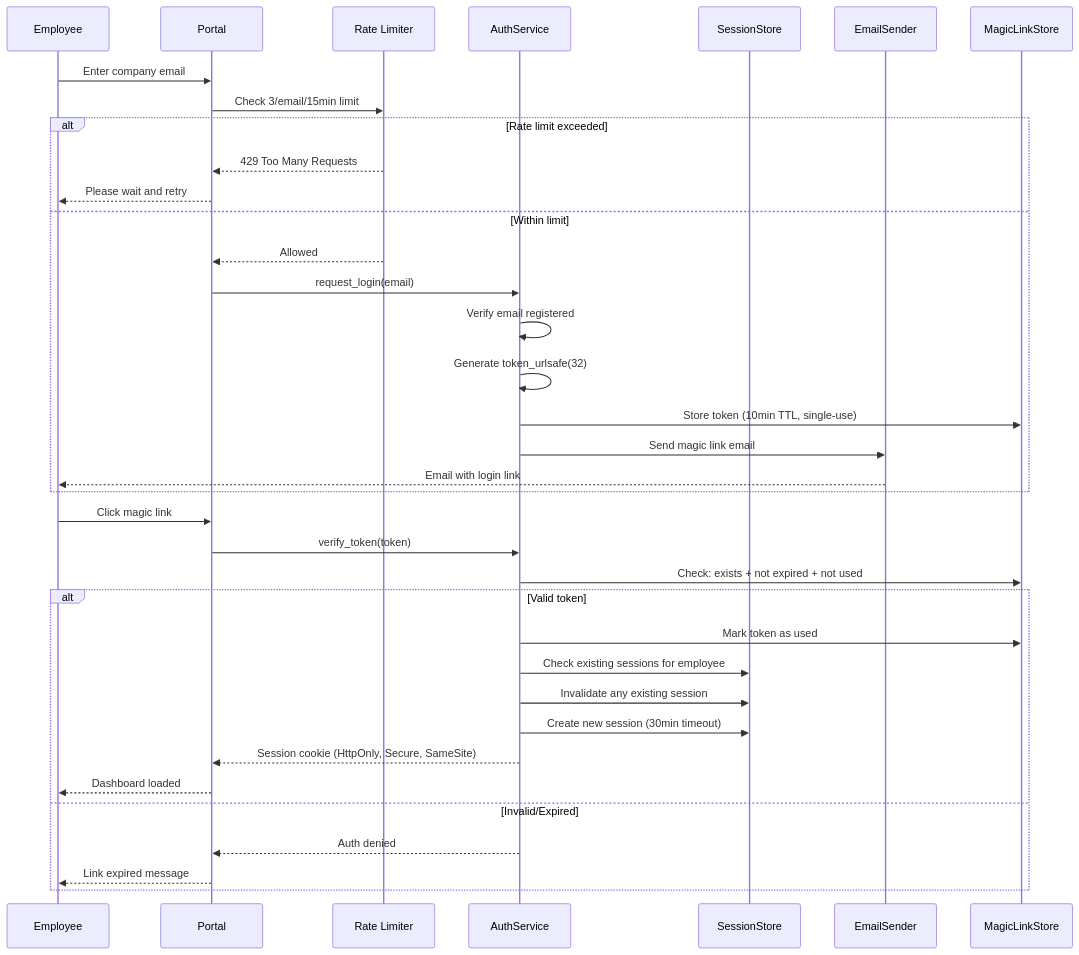
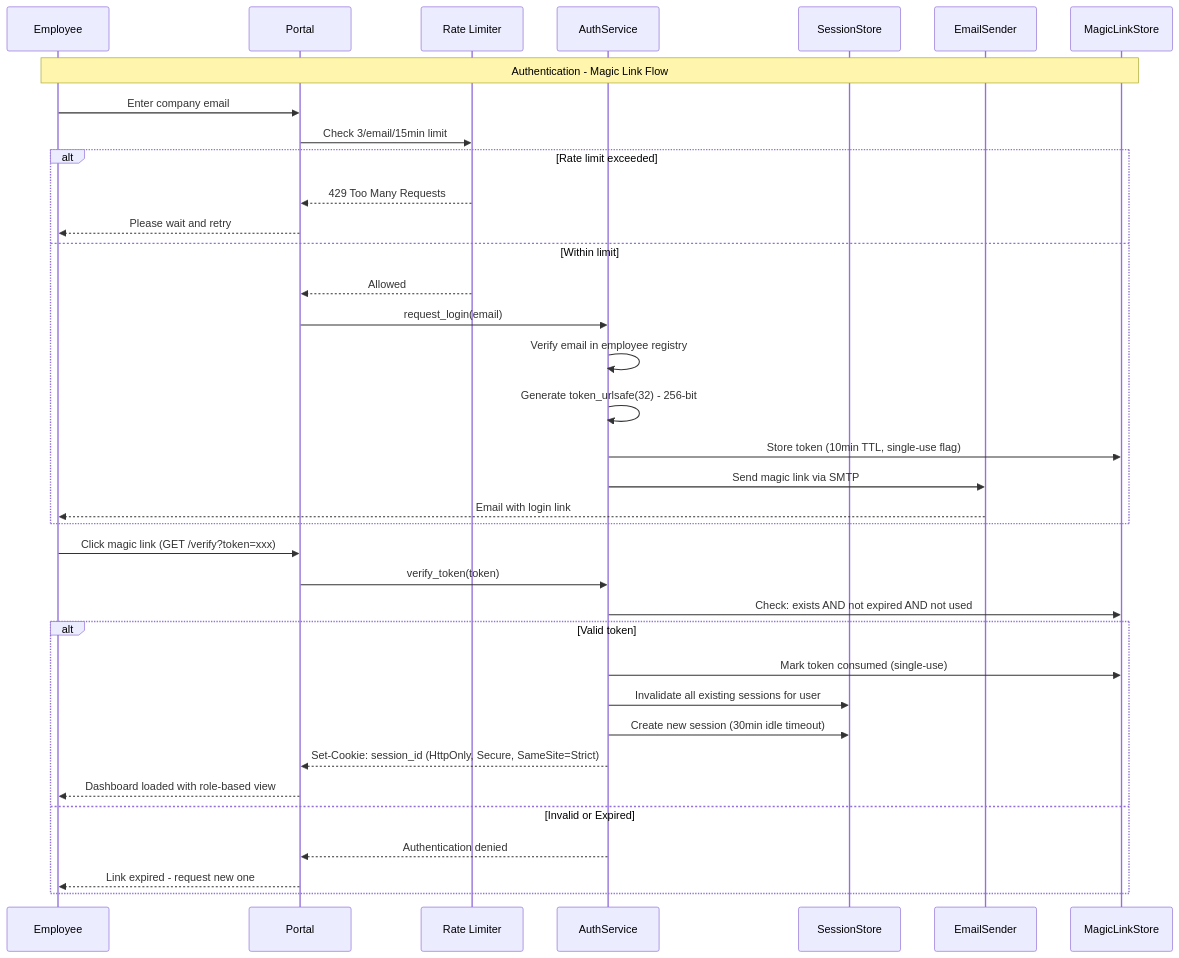
Before and after one commit to MaqSaid/Rhythm: the fourth of 10 diagrams in INTERVIEW_PREPARATION.md, drawn with Mermaid. The commit also changed other lines of this file, not shown here.

````diff
--- a/INTERVIEW_PREPARATION.md
+++ b/INTERVIEW_PREPARATION.md
@@ -902,40 +355,41 @@
 ```mermaid
 sequenceDiagram
     participant E as Employee
     participant P as Portal
     participant RL as Rate Limiter
     participant AS as AuthService
     participant SS as SessionStore
     participant ES as EmailSender
     participant ML as MagicLinkStore
 
+    Note over E,ML: Authentication - Magic Link Flow
+
     E->>P: Enter company email
     P->>RL: Check 3/email/15min limit
     alt Rate limit exceeded
         RL-->>P: 429 Too Many Requests
         P-->>E: Please wait and retry
     else Within limit
         RL-->>P: Allowed
         P->>AS: request_login(email)
-        AS->>AS: Verify email registered
-        AS->>AS: Generate token_urlsafe(32)
-        AS->>ML: Store token (10min TTL, single-use)
-        AS->>ES: Send magic link email
+        AS->>AS: Verify email in employee registry
+        AS->>AS: Generate token_urlsafe(32) - 256-bit
+        AS->>ML: Store token (10min TTL, single-use flag)
+        AS->>ES: Send magic link via SMTP
         ES-->>E: Email with login link
     end
 
-    E->>P: Click magic link
+    E->>P: Click magic link (GET /verify?token=xxx)
     P->>AS: verify_token(token)
-    AS->>ML: Check: exists + not expired + not used
+    AS->>ML: Check: exists AND not expired AND not used
     alt Valid token
-        AS->>ML: Mark token as used
-        AS->>SS: Check existing sessions for employee
-        AS->>SS: Invalidate any existing session
-        AS->>SS: Create new session (30min timeout)
-        AS-->>P: Session cookie (HttpOnly, Secure, SameSite)
-        P-->>E: Dashboard loaded
-    else Invalid/Expired
-        AS-->>P: Auth denied
-        P-->>E: Link expired message
+        AS->>ML: Mark token consumed (single-use)
+        AS->>SS: Invalidate all existing sessions for user
+        AS->>SS: Create new session (30min idle timeout)
+        AS-->>P: Set-Cookie: session_id (HttpOnly, Secure, SameSite=Strict)
+        P-->>E: Dashboard loaded with role-based view
+    else Invalid or Expired
+        AS-->>P: Authentication denied
+        P-->>E: Link expired - request new one
     end
 ```
````
